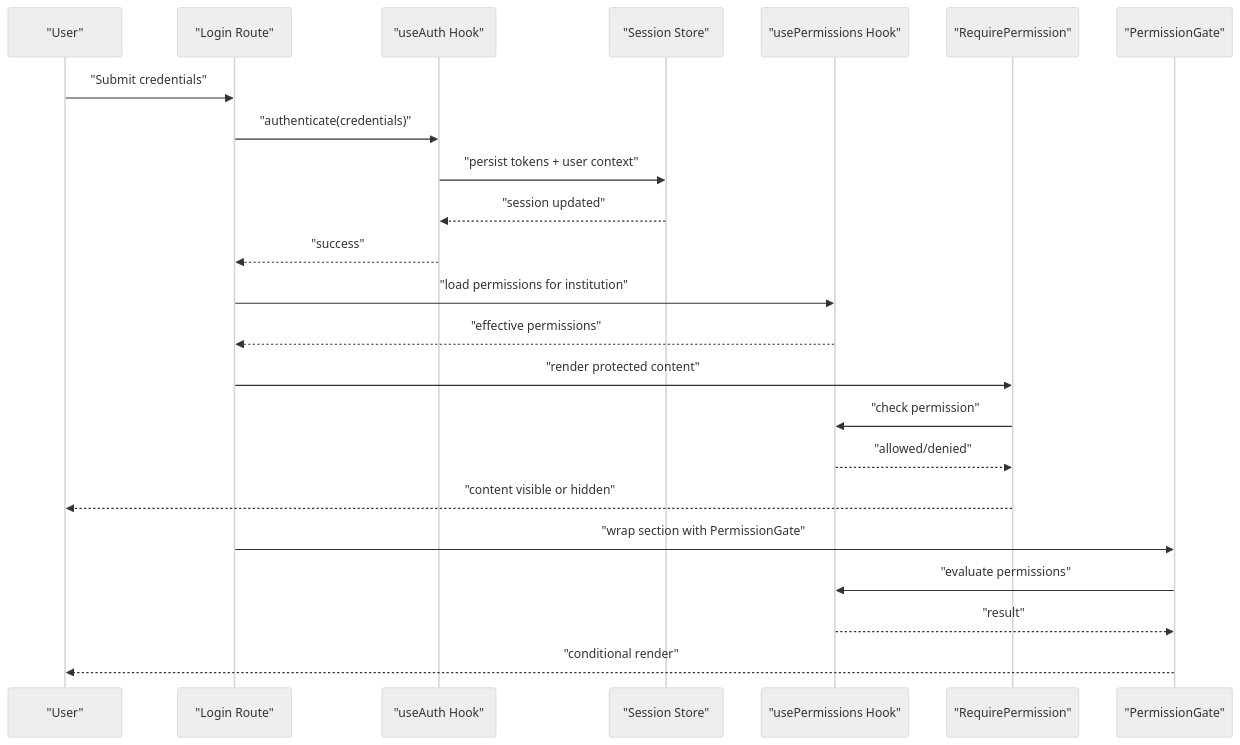
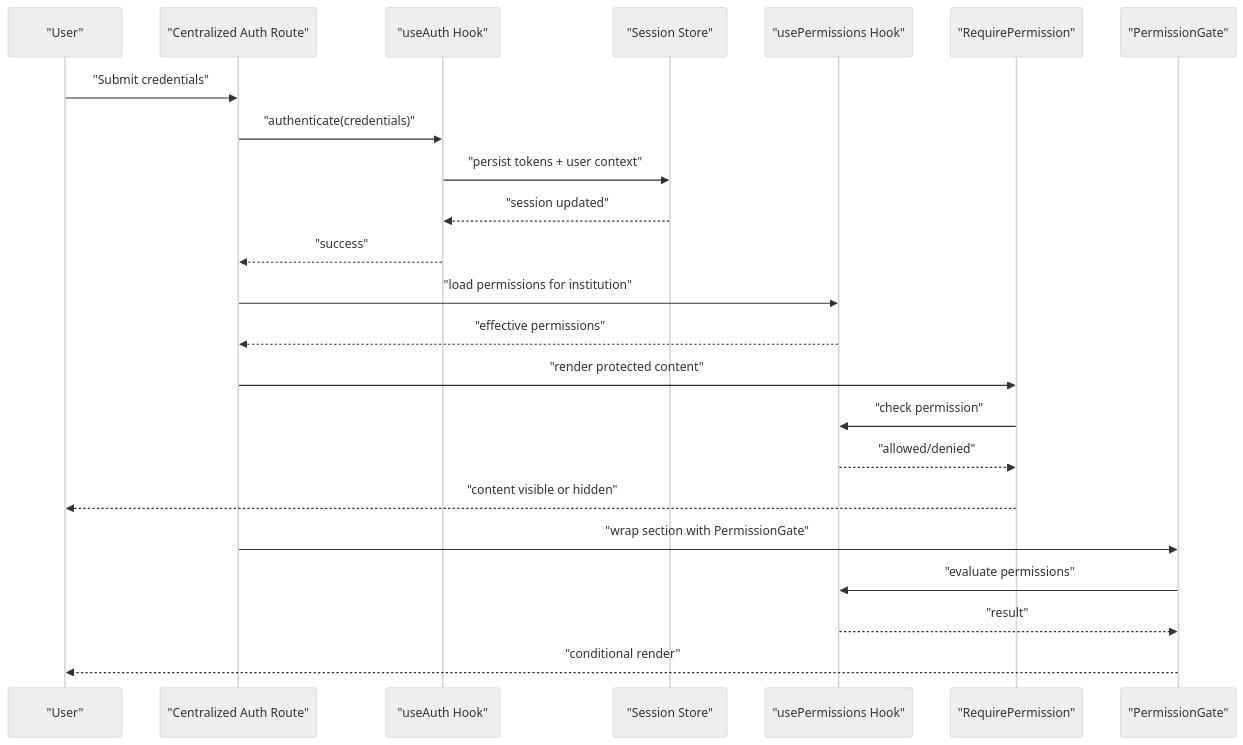
One commit to franckylab/eLISAschool changed the second of 10 diagrams in .qoder/repowiki/en/content/System Architecture/Frontend Architecture/Authentication & Authorization UI/Authentication & Authorization UI.md. Above: the diagram before and after it, drawn with Mermaid (neutral theme). The commit also changed other lines of this file and 97 other files, not shown here.

````diff
--- a/.qoder/repowiki/en/content/System Architecture/Frontend Architecture/Authentication & Authorization UI/Authentication & Authorization UI.md
+++ b/.qoder/repowiki/en/content/System Architecture/Frontend Architecture/Authentication & Authorization UI/Authentication & Authorization UI.md
@@ -106,25 +115,25 @@
 ```mermaid
 sequenceDiagram
 participant U as "User"
-participant R as "Login Route"
+participant R as "Centralized Auth Route"
 participant A as "useAuth Hook"
 participant S as "Session Store"
 participant P as "usePermissions Hook"
 participant RP as "RequirePermission"
 participant PG as "PermissionGate"
 U->>R : "Submit credentials"
 R->>A : "authenticate(credentials)"
 A->>S : "persist tokens + user context"
 S-->>A : "session updated"
 A-->>R : "success"
 R->>P : "load permissions for institution"
 P-->>R : "effective permissions"
 R->>RP : "render protected content"
 RP->>P : "check permission"
 P-->>RP : "allowed/denied"
 RP-->>U : "content visible or hidden"
 R->>PG : "wrap section with PermissionGate"
 PG->>P : "evaluate permissions"
 P-->>PG : "result"
 PG-->>U : "conditional render"
 ```
````
